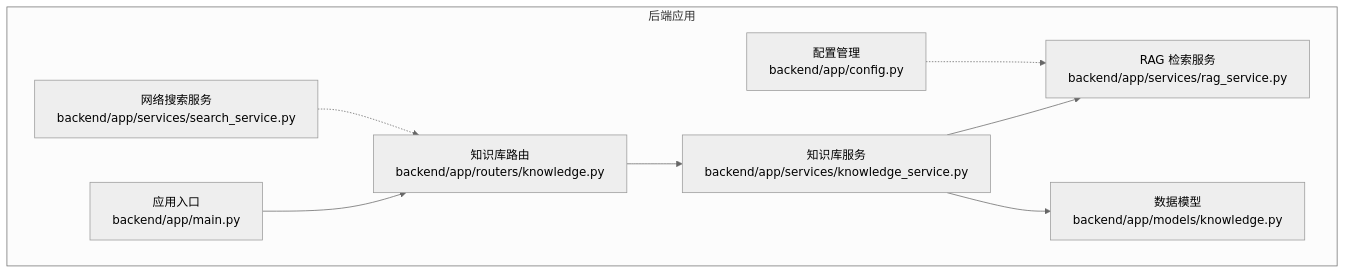
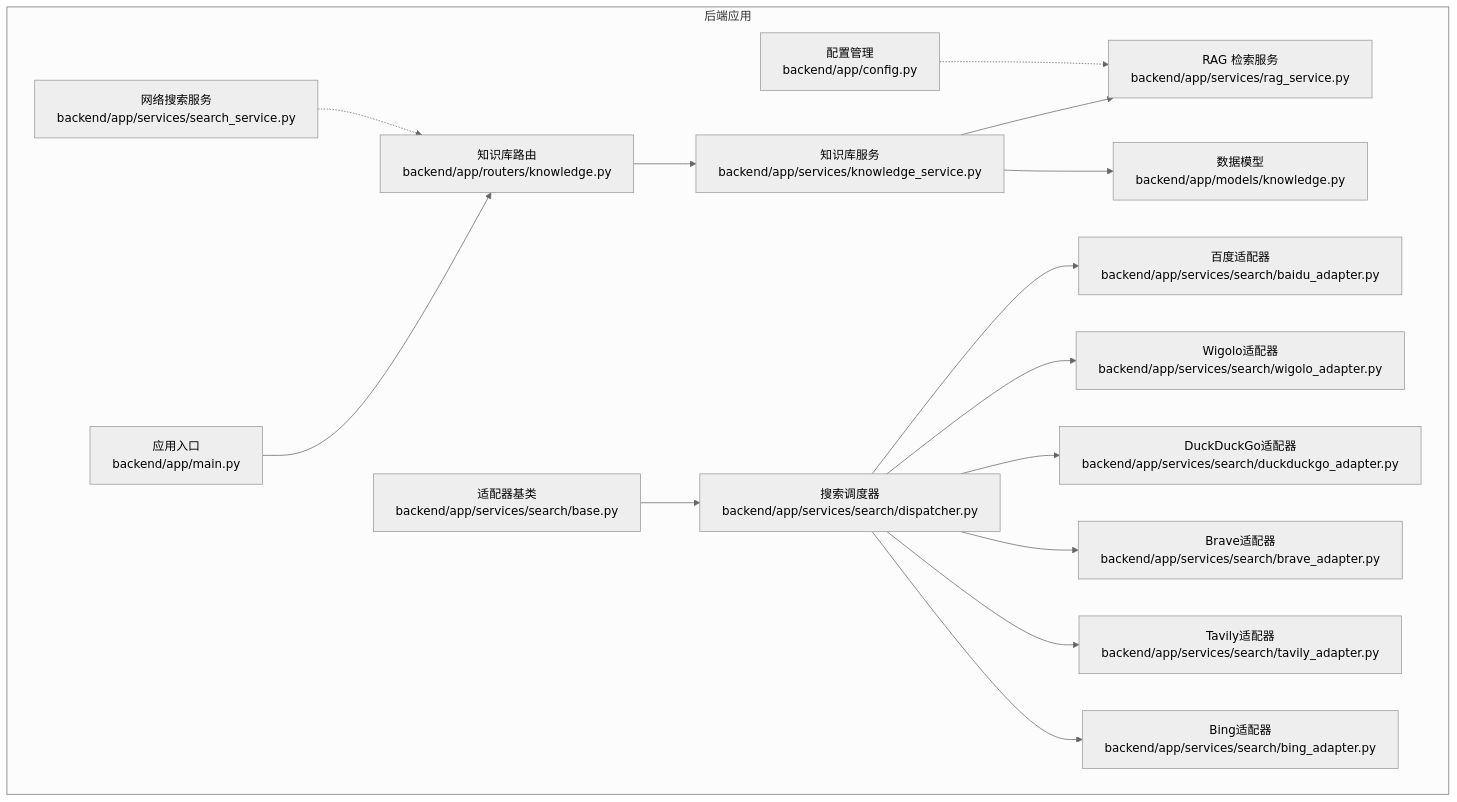
One commit to laohanhahaha/PaperChat changed the first of 10 diagrams in .qoder/repowiki/zh/content/后端系统/业务服务层/搜索服务.md. Above: the diagram before and after it, drawn with Mermaid (neutral theme). The commit also changed other lines of this file and 59 other files, not shown here.

````diff
--- a/.qoder/repowiki/zh/content/后端系统/业务服务层/搜索服务.md
+++ b/.qoder/repowiki/zh/content/后端系统/业务服务层/搜索服务.md
@@ -52,18 +64,33 @@
 ```mermaid
 graph TB
 subgraph "后端应用"
 Main["应用入口<br/>backend/app/main.py"]
 Config["配置管理<br/>backend/app/config.py"]
 Router["知识库路由<br/>backend/app/routers/knowledge.py"]
 SearchSvc["网络搜索服务<br/>backend/app/services/search_service.py"]
 KnowledgeSvc["知识库服务<br/>backend/app/services/knowledge_service.py"]
 RagSvc["RAG 检索服务<br/>backend/app/services/rag_service.py"]
 Models["数据模型<br/>backend/app/models/knowledge.py"]
+Base["适配器基类<br/>backend/app/services/search/base.py"]
+Dispatcher["搜索调度器<br/>backend/app/services/search/dispatcher.py"]
+Baidu["百度适配器<br/>backend/app/services/search/baidu_adapter.py"]
+Wigolo["Wigolo适配器<br/>backend/app/services/search/wigolo_adapter.py"]
+DuckDuckGo["DuckDuckGo适配器<br/>backend/app/services/search/duckduckgo_adapter.py"]
+Brave["Brave适配器<br/>backend/app/services/search/brave_adapter.py"]
+Tavily["Tavily适配器<br/>backend/app/services/search/tavily_adapter.py"]
+Bing["Bing适配器<br/>backend/app/services/search/bing_adapter.py"]
 end
 Main --> Router
 Router --> KnowledgeSvc
 KnowledgeSvc --> RagSvc
 KnowledgeSvc --> Models
 SearchSvc -.-> Router
 Config -.-> RagSvc
+Base --> Dispatcher
+Dispatcher --> Baidu
+Dispatcher --> Wigolo
+Dispatcher --> DuckDuckGo
+Dispatcher --> Brave
+Dispatcher --> Tavily
+Dispatcher --> Bing
 ```
````
